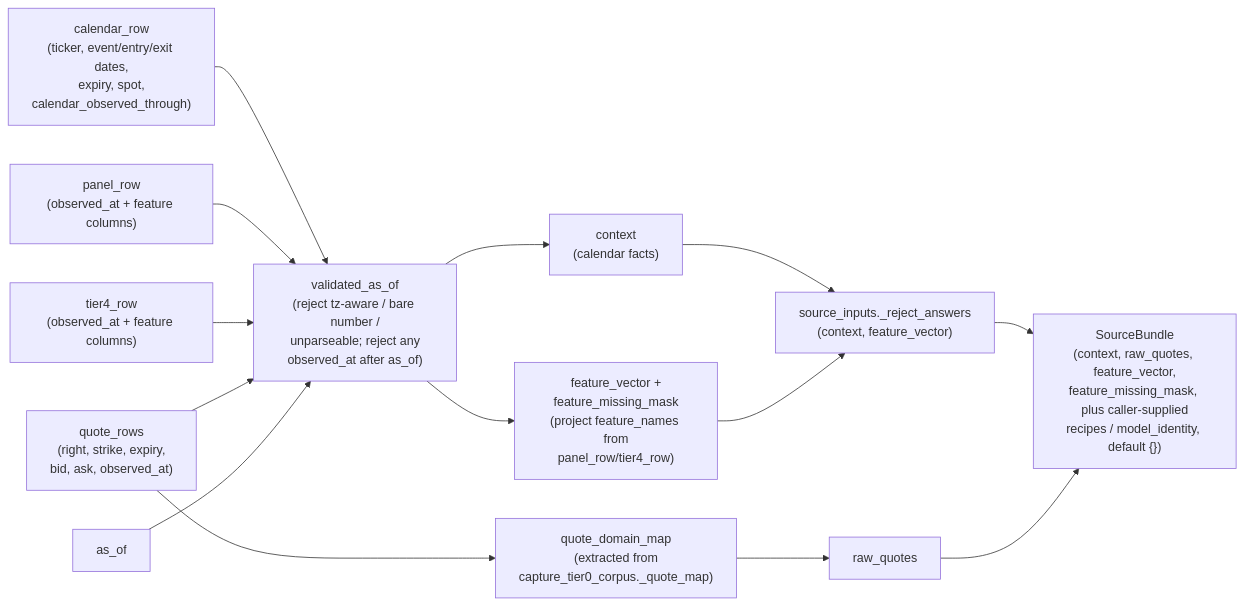
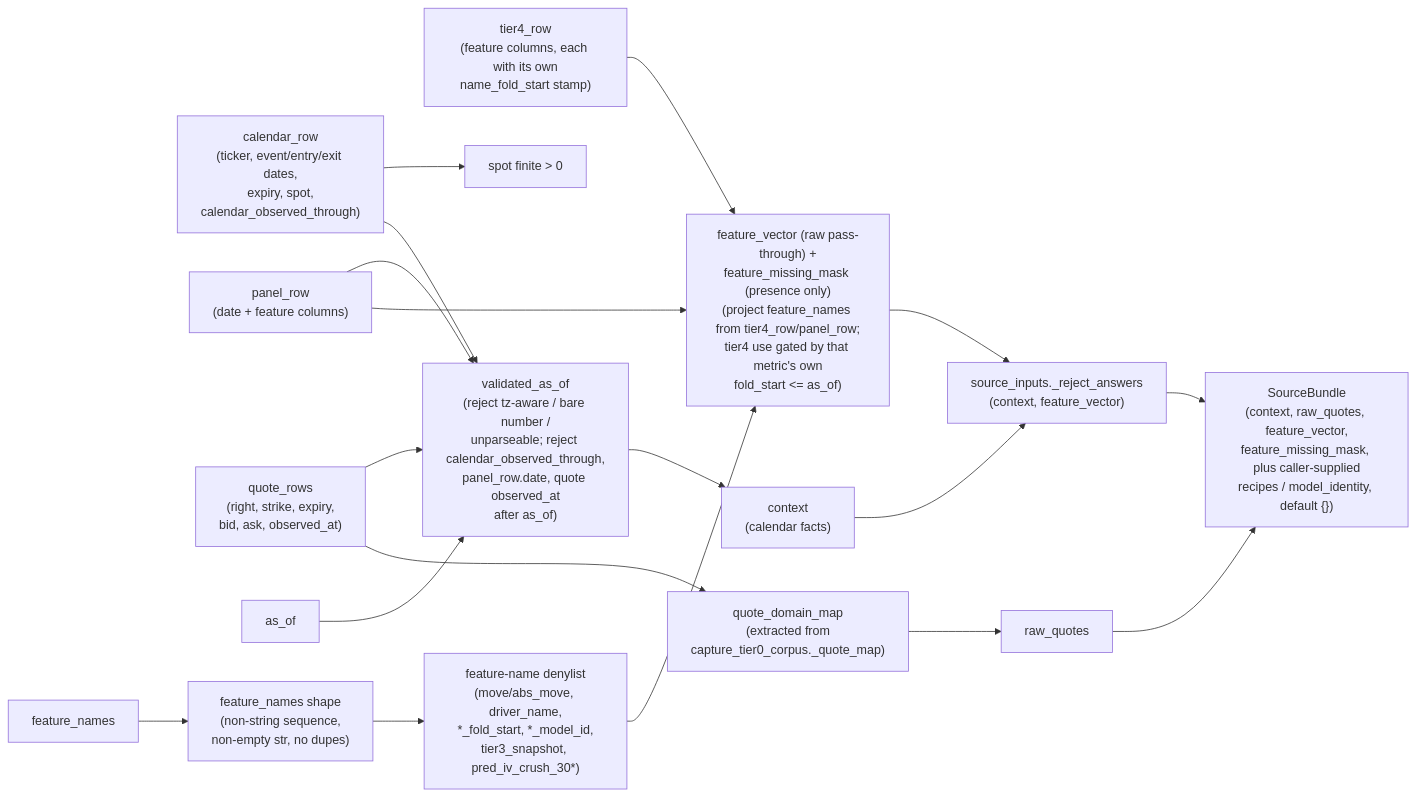
One commit to yshewchuk/investment-validation changed the diagram in engine/v2/scoring/ARCHITECTURE.md. Above: the diagram before and after it, drawn with Mermaid. The commit also changed other lines of this file and 2 other files, not shown here.

First line of the commit message:
fix(scoring): close Opus BLOCK(4) on nightly_source_bundle leakage/stamp/classification

````diff
--- a/engine/v2/scoring/ARCHITECTURE.md
+++ b/engine/v2/scoring/ARCHITECTURE.md
@@ -334,25 +407,31 @@
 ```mermaid
 flowchart LR
     CAL["calendar_row\n(ticker, event/entry/exit dates,\nexpiry, spot,\ncalendar_observed_through)"]
-    PANEL["panel_row\n(observed_at + feature columns)"]
-    TIER4["tier4_row\n(observed_at + feature columns)"]
+    PANEL["panel_row\n(date + feature columns)"]
+    TIER4["tier4_row\n(feature columns, each with its own\nname_fold_start stamp)"]
     QUOTES["quote_rows\n(right, strike, expiry,\nbid, ask, observed_at)"]
     ASOF["as_of"]
+    NAMES["feature_names"]
 
-    CAL --> VALIDATE["validated_as_of\n(reject tz-aware / bare number /\nunparseable; reject any\nobserved_at after as_of)"]
+    CAL --> SPOTCHK["spot finite > 0"]
+    NAMES --> NAMECHK["feature_names shape\n(non-string sequence,\nnon-empty str, no dupes)"]
+    NAMECHK --> LEAKNAMES["feature-name denylist\n(move/abs_move, driver_name,\n*_fold_start, *_model_id,\ntier3_snapshot, pred_iv_crush_30*)"]
+
+    CAL --> VALIDATE["validated_as_of\n(reject tz-aware / bare number /\nunparseable; reject calendar_observed_through,\npanel_row.date, quote observed_at\nafter as_of)"]
     PANEL --> VALIDATE
-    TIER4 --> VALIDATE
     QUOTES --> VALIDATE
     ASOF --> VALIDATE
 
     VALIDATE --> CONTEXT["context\n(calendar facts)"]
-    VALIDATE --> FEATURES["feature_vector +\nfeature_missing_mask\n(project feature_names from\npanel_row/tier4_row)"]
+    LEAKNAMES --> FEATURES["feature_vector (raw pass-through) +\nfeature_missing_mask (presence only)\n(project feature_names from tier4_row/panel_row;\ntier4 use gated by that metric's own\nfold_start <= as_of)"]
+    TIER4 --> FEATURES
+    PANEL --> FEATURES
     QUOTES --> QMAP["quote_domain_map\n(extracted from\ncapture_tier0_corpus._quote_map)"]
     QMAP --> RAWQ["raw_quotes"]
 
     CONTEXT --> REJECT["source_inputs._reject_answers\n(context, feature_vector)"]
     FEATURES --> REJECT
 
     REJECT --> BUNDLE["SourceBundle\n(context, raw_quotes, feature_vector,\nfeature_missing_mask, plus caller-supplied\nrecipes / model_identity, default {})"]
     RAWQ --> BUNDLE
 ```
````
